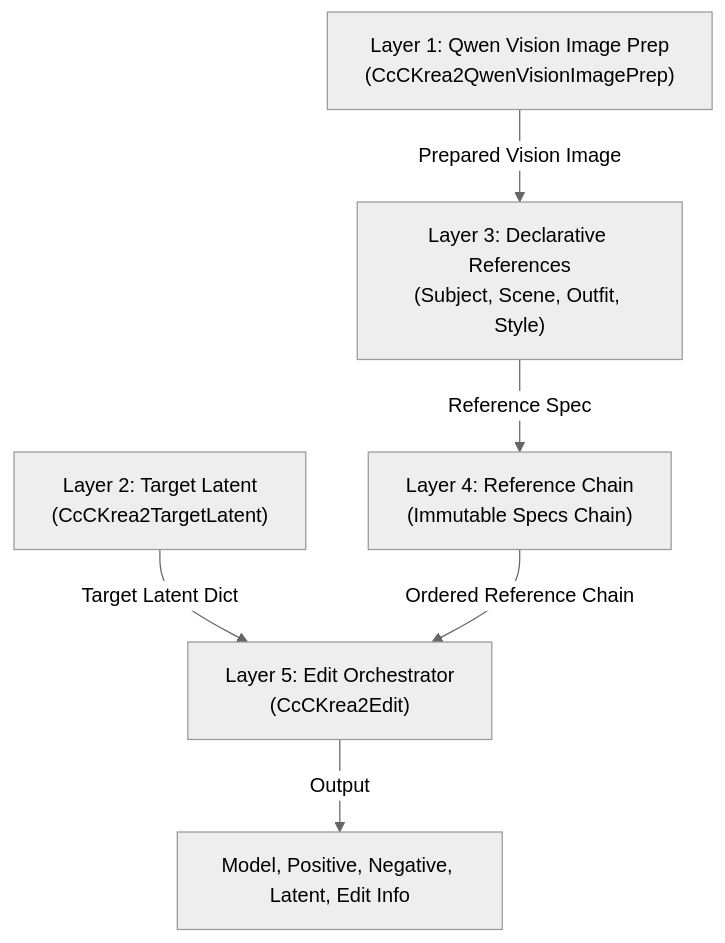
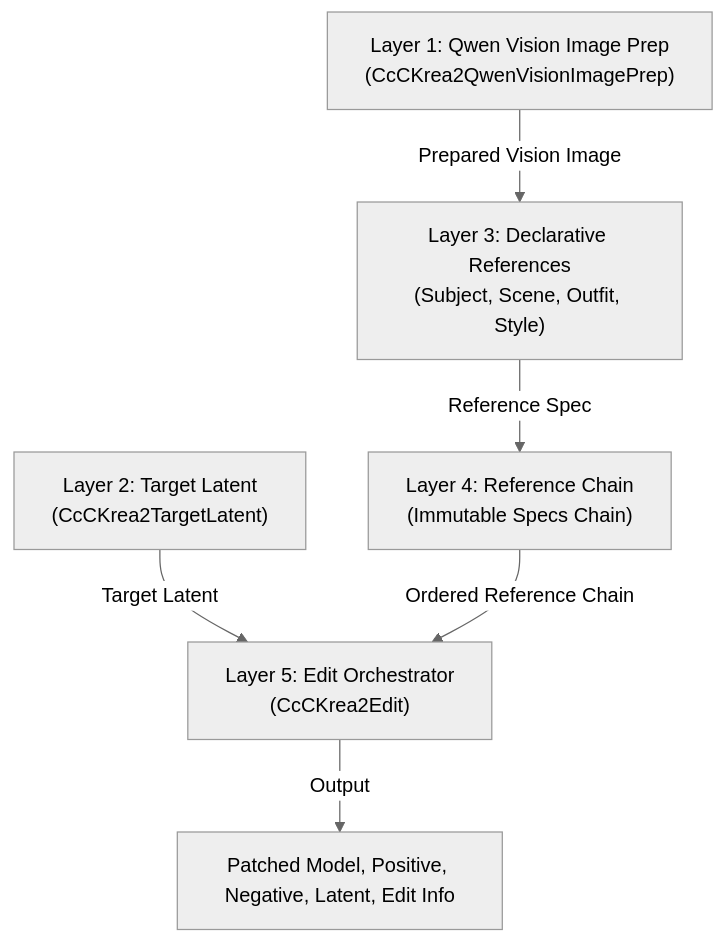
The diagram in README.md (demonccc/ComfyUI-CcC-Krea2), drawn with Mermaid (neutral theme) before and after one commit. The commit also changed other lines of this file and 16 other files, not shown here.

````diff
--- a/README.md
+++ b/README.md
@@ -19,8 +19,8 @@
 ```mermaid
 graph TD
     L1["Layer 1: Qwen Vision Image Prep<br/>(CcCKrea2QwenVisionImagePrep)"] -->|Prepared Vision Image| L3["Layer 3: Declarative References<br/>(Subject, Scene, Outfit, Style)"]
-    L2["Layer 2: Target Latent<br/>(CcCKrea2TargetLatent)"] -->|Target Latent Dict| L5["Layer 5: Edit Orchestrator<br/>(CcCKrea2Edit)"]
+    L2["Layer 2: Target Latent<br/>(CcCKrea2TargetLatent)"] -->|Target Latent| L5["Layer 5: Edit Orchestrator<br/>(CcCKrea2Edit)"]
     L3 -->|Reference Spec| L4["Layer 4: Reference Chain<br/>(Immutable Specs Chain)"]
     L4 -->|Ordered Reference Chain| L5
-    L5 -->|Output| OUT["Model, Positive, Negative, Latent, Edit Info"]
+    L5 -->|Output| OUT["Patched Model, Positive, Negative, Latent, Edit Info"]
 ```
````
